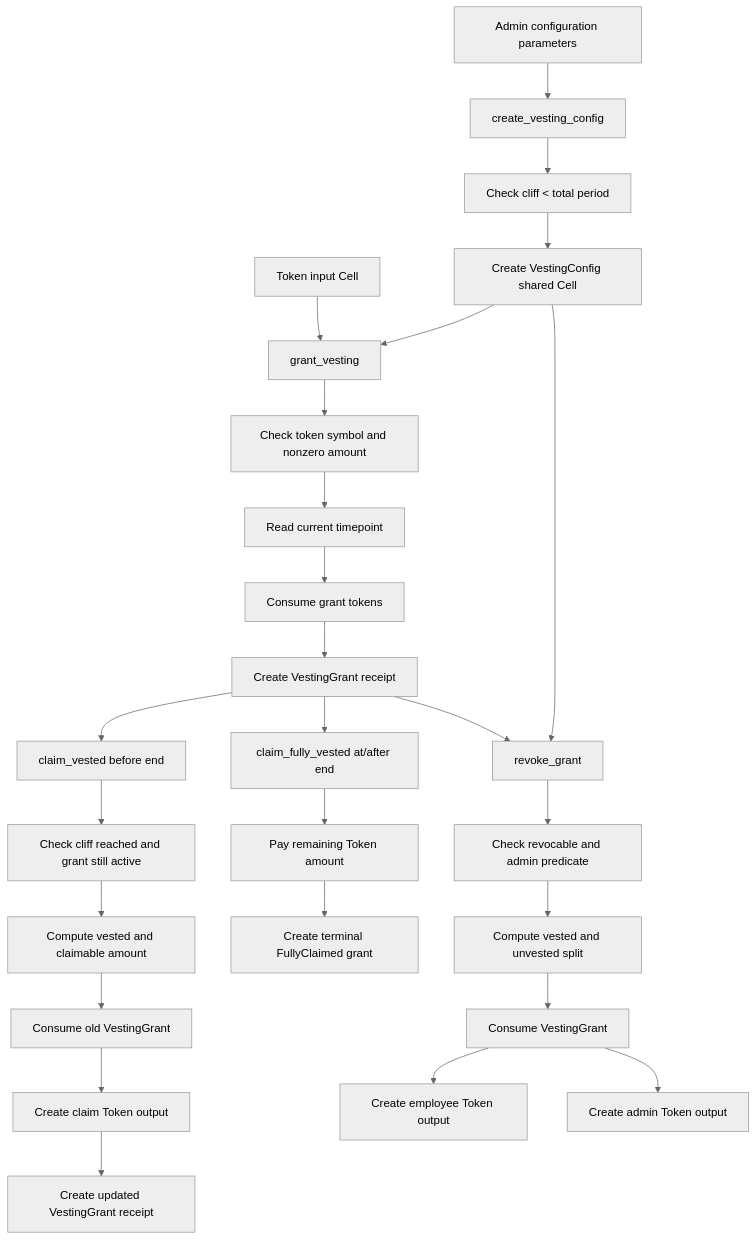
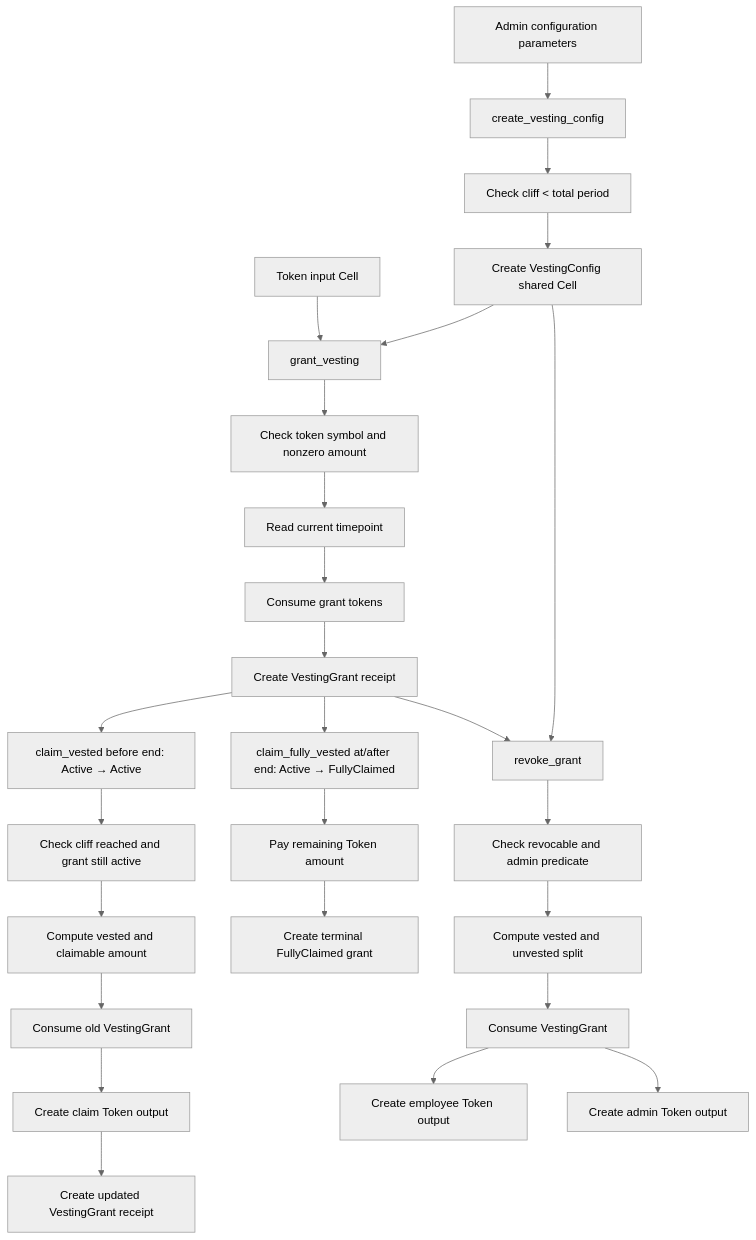
One commit to CellScript-Labs/CellScript changed the tenth of 12 diagrams in docs/CELLSCRIPT_EXAMPLE_BUSINESS_FLOWS.md. Above: the diagram before and after it, drawn with Mermaid (neutral theme). The commit also changed 7 other files, not shown here.

````diff
--- a/docs/CELLSCRIPT_EXAMPLE_BUSINESS_FLOWS.md
+++ b/docs/CELLSCRIPT_EXAMPLE_BUSINESS_FLOWS.md
@@ -366,32 +366,32 @@
 ```mermaid
 flowchart TD
     A["Admin configuration parameters"] --> B["create_vesting_config"]
     B --> C["Check cliff < total period"]
     C --> D["Create VestingConfig shared Cell"]
 
     D --> E["grant_vesting"]
     F["Token input Cell"] --> E
     E --> G["Check token symbol and nonzero amount"]
     G --> H["Read current timepoint"]
     H --> I["Consume grant tokens"]
     I --> J["Create VestingGrant receipt"]
 
-    J --> K["claim_vested before end"]
+    J --> K["claim_vested before end: Active → Active"]
     K --> L["Check cliff reached and grant still active"]
     L --> M["Compute vested and claimable amount"]
     M --> N["Consume old VestingGrant"]
     N --> O["Create claim Token output"]
     O --> P["Create updated VestingGrant receipt"]
 
-    J --> W["claim_fully_vested at/after end"]
+    J --> W["claim_fully_vested at/after end: Active → FullyClaimed"]
     W --> X["Pay remaining Token amount"]
     X --> Y["Create terminal FullyClaimed grant"]
 
     D --> Q["revoke_grant"]
     J --> Q
     Q --> R["Check revocable and admin predicate"]
     R --> S["Compute vested and unvested split"]
     S --> T["Consume VestingGrant"]
     T --> U["Create employee Token output"]
     T --> V["Create admin Token output"]
 ```
````
